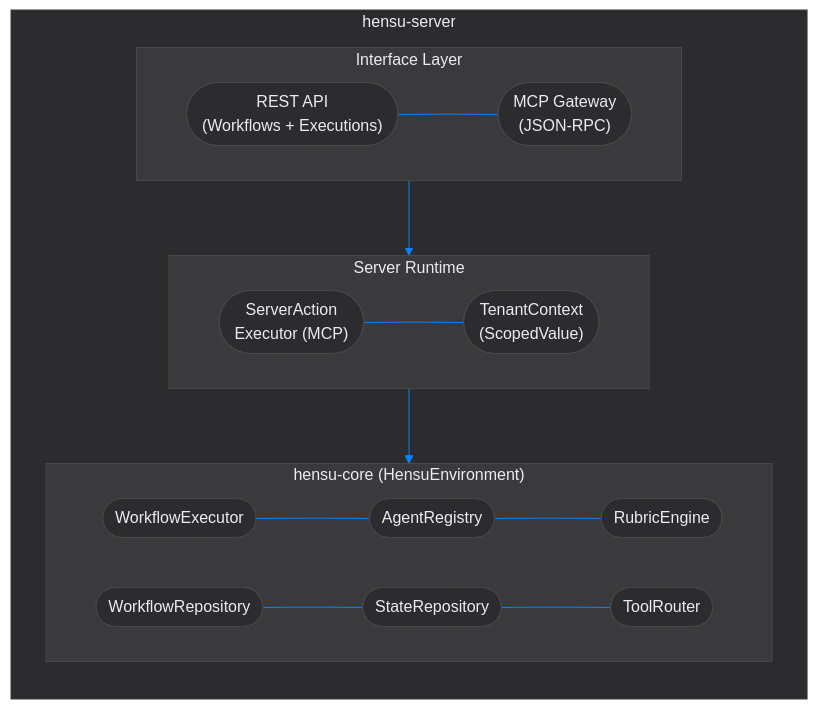
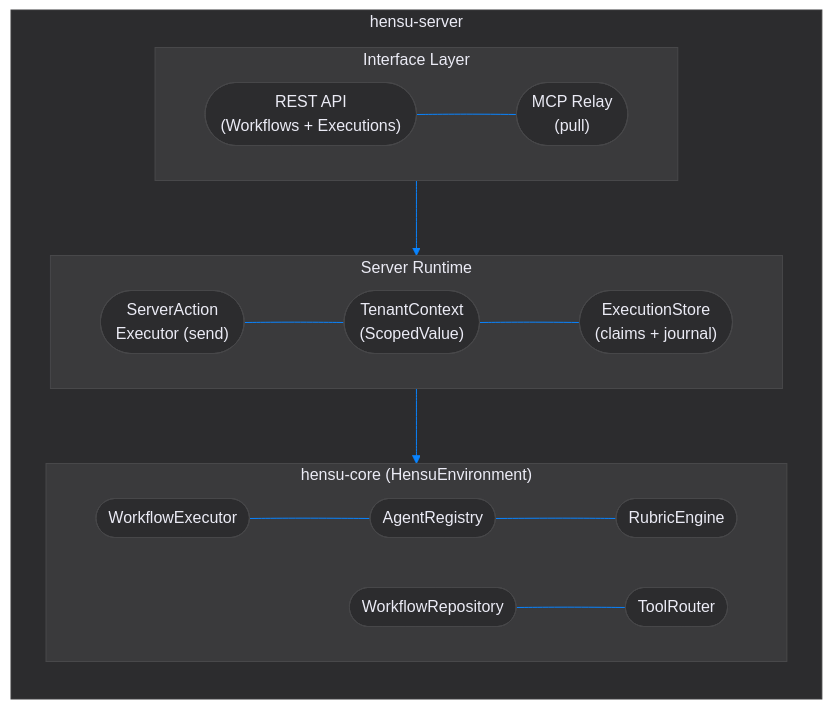
One commit to hensu-project/hensu changed the first of 2 diagrams in hensu-server/README.md. Above: the diagram before and after it, drawn with Mermaid (forest theme). The commit also changed other lines of this file and 224 other files, not shown here.

````diff
--- a/hensu-server/README.md
+++ b/hensu-server/README.md
@@ -21,37 +21,37 @@
 ```mermaid
 flowchart TD
     subgraph server["hensu-server"]
         direction TB
         subgraph api["Interface Layer"]
             direction LR
-            rest(["REST API\n(Workflows + Executions)"]) ~~~ mcpgw(["MCP Gateway\n(JSON-RPC)"])
+            rest(["REST API\n(Workflows + Executions)"]) ~~~ mcpgw(["MCP Relay\n(pull)"])
         end
         subgraph runtime["Server Runtime"]
             direction LR
-            sae(["ServerAction\nExecutor (MCP)"]) ~~~ tc(["TenantContext\n(ScopedValue)"])
+            sae(["ServerAction\nExecutor (send)"]) ~~~ tc(["TenantContext\n(ScopedValue)"]) ~~~ es(["ExecutionStore\n(claims + journal)"])
         end
         subgraph core["hensu-core (HensuEnvironment)"]
             direction LR
             we(["WorkflowExecutor"]) ~~~ ar(["AgentRegistry"]) ~~~ re(["RubricEngine"])
-            wr(["WorkflowRepository"]) ~~~ sr(["StateRepository"]) ~~~ tr(["ToolRouter"])
+            wr(["WorkflowRepository"]) ~~~ tr(["ToolRouter"])
         end
         api --> runtime --> core
     end
 
     style server fill:#2c2c2e, stroke:#3a3a3c, color:#ebebf5, stroke-width:1px
     style api fill:#3a3a3c, stroke:#48484a, color:#ebebf5, stroke-width:1px
     style runtime fill:#3a3a3c, stroke:#48484a, color:#ebebf5, stroke-width:1px
     style core fill:#3a3a3c, stroke:#48484a, color:#ebebf5, stroke-width:1px
     style rest fill:#2c2c2e, stroke:#48484a, color:#ebebf5, stroke-width:1px
     style mcpgw fill:#2c2c2e, stroke:#48484a, color:#ebebf5, stroke-width:1px
     style sae fill:#2c2c2e, stroke:#48484a, color:#ebebf5, stroke-width:1px
     style tc fill:#2c2c2e, stroke:#48484a, color:#ebebf5, stroke-width:1px
+    style es fill:#2c2c2e, stroke:#48484a, color:#ebebf5, stroke-width:1px
     style we fill:#2c2c2e, stroke:#48484a, color:#ebebf5, stroke-width:1px
     style ar fill:#2c2c2e, stroke:#48484a, color:#ebebf5, stroke-width:1px
     style re fill:#2c2c2e, stroke:#48484a, color:#ebebf5, stroke-width:1px
     style wr fill:#2c2c2e, stroke:#48484a, color:#ebebf5, stroke-width:1px
-    style sr fill:#2c2c2e, stroke:#48484a, color:#ebebf5, stroke-width:1px
     style tr fill:#2c2c2e, stroke:#48484a, color:#ebebf5, stroke-width:1px
 
     linkStyle default stroke:#0A84FF, stroke-width:1px
 ```
````
